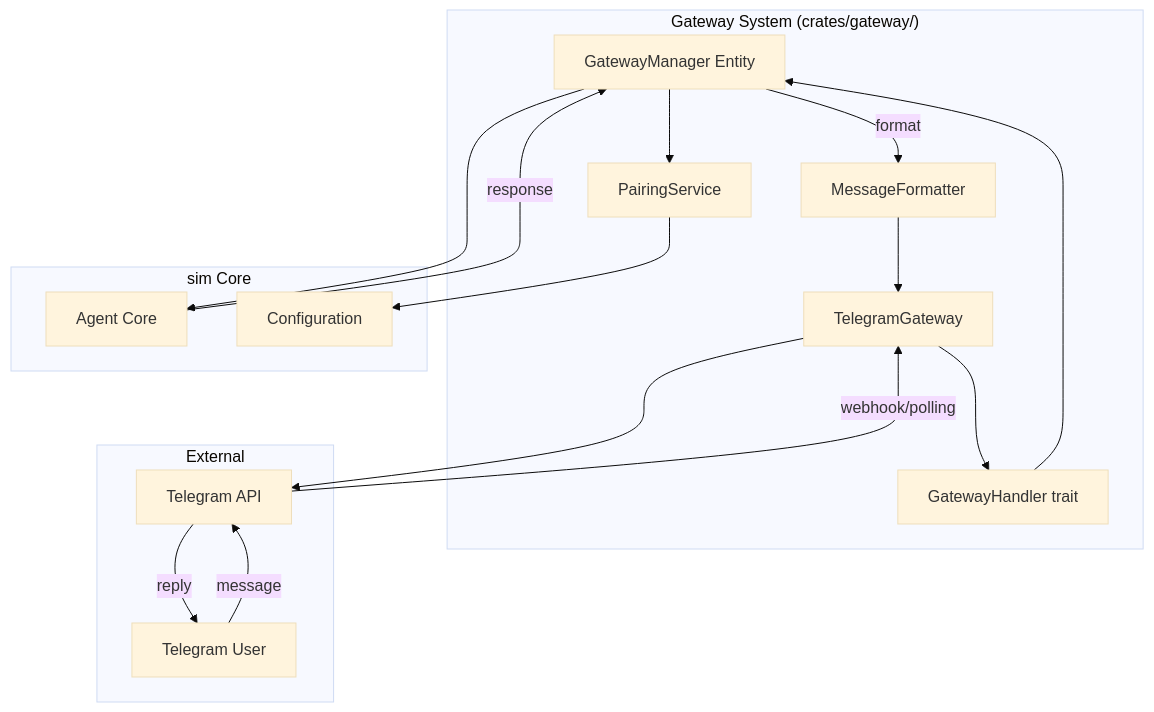
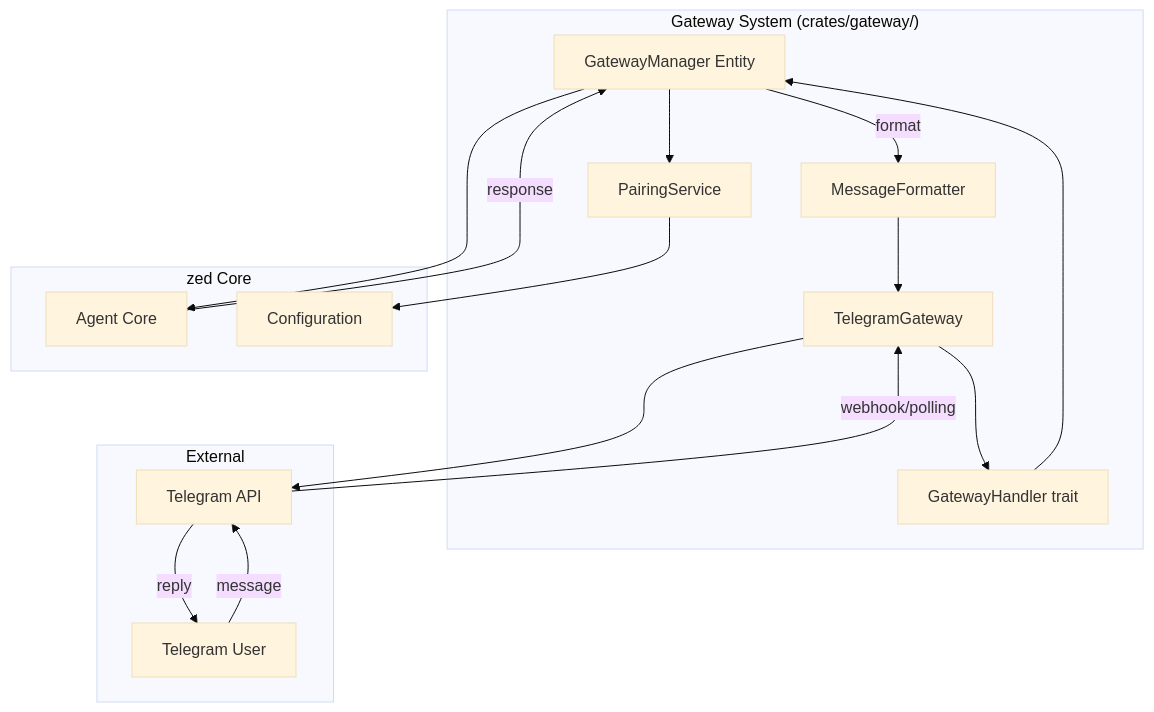
The diagram in .agents/specs/goose-migration/gateway/design.md (imagineerings/xor), drawn with Mermaid (base theme) before and after one commit. The commit also changed other lines of this file and 2547 other files, not shown here.

````diff
--- a/.agents/specs/goose-migration/gateway/design.md
+++ b/.agents/specs/goose-migration/gateway/design.md
@@ -16,33 +16,33 @@
 ```mermaid
 graph TD
     subgraph "Gateway System (crates/gateway/)"
         Manager[GatewayManager Entity]
         Handler[GatewayHandler trait]
         Telegram[TelegramGateway]
         Pairing[PairingService]
         Format[MessageFormatter]
     end
 
     subgraph "External"
         TG[Telegram API]
         User[Telegram User]
     end
 
-    subgraph "sim Core"
+    subgraph "zed Core"
         Agent[Agent Core]
         Config[Configuration]
     end
 
     User -->|message| TG
     TG -->|webhook/polling| Telegram
     Telegram --> Handler
     Handler --> Manager
     Manager --> Agent
     Agent -->|response| Manager
     Manager -->|format| Format
     Format --> Telegram
     Telegram --> TG
     TG -->|reply| User
     Manager --> Pairing
     Pairing --> Config
 ```
````
